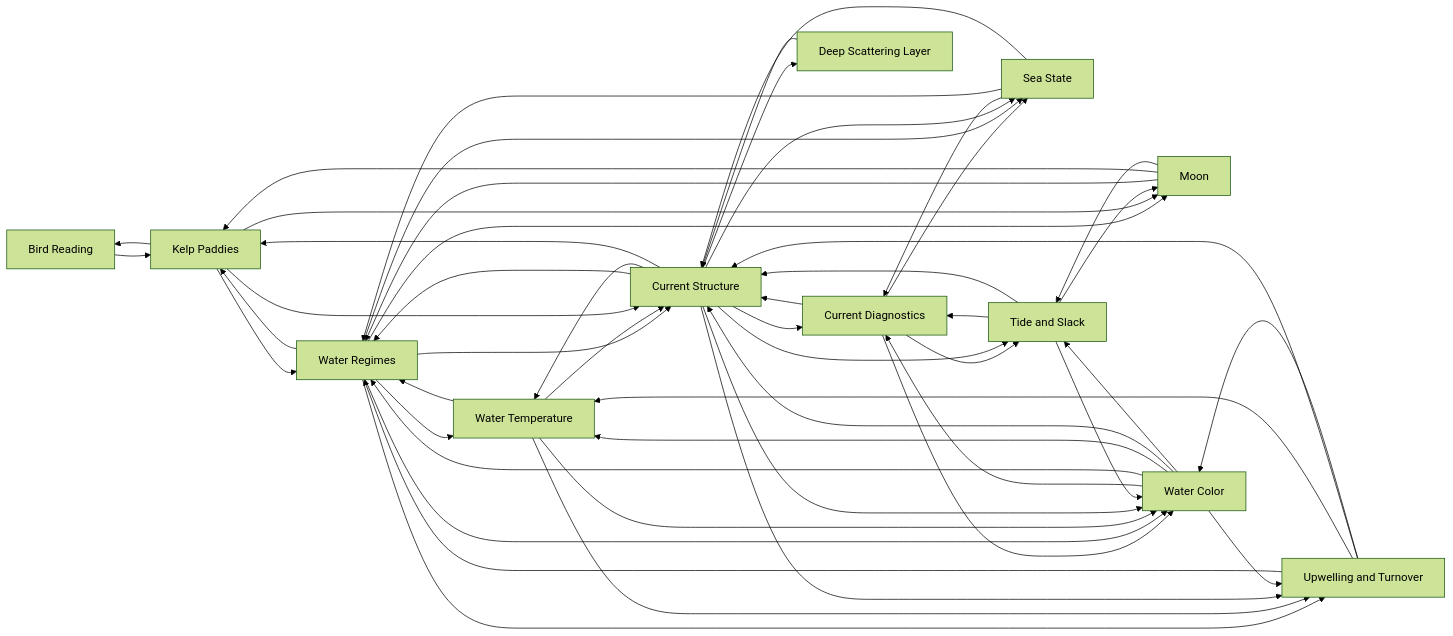
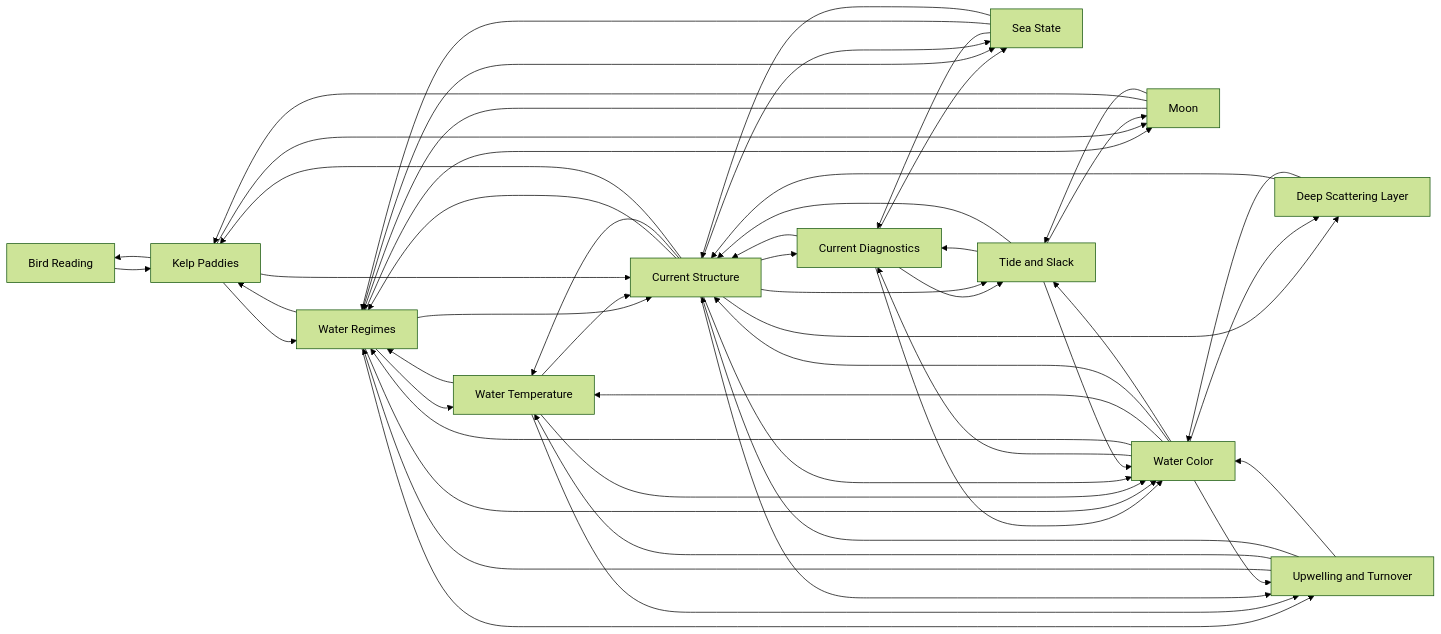
The diagram in conditions/README.md (camchuckpete-max/Socal-Fishing-Knowledge), drawn with Mermaid (forest theme) before and after one commit. The commit also changed 5 other files, not shown here.

````diff
--- a/conditions/README.md
+++ b/conditions/README.md
@@ -25,65 +25,67 @@
 ```mermaid
 graph LR
   n0["Bird Reading"]
   n1["Current Diagnostics"]
   n2["Current Structure"]
   n3["Deep Scattering Layer"]
   n4["Kelp Paddies"]
   n5["Moon"]
   n6["Sea State"]
   n7["Tide and Slack"]
   n8["Upwelling and Turnover"]
   n9["Water Color"]
   n10["Water Regimes"]
   n11["Water Temperature"]
   n0 --> n4
   n1 --> n2
   n1 --> n6
   n1 --> n7
   n1 --> n9
   n10 --> n11
   n10 --> n2
   n10 --> n4
   n10 --> n5
   n10 --> n6
   n10 --> n8
   n10 --> n9
   n11 --> n10
   n11 --> n2
   n11 --> n8
   n11 --> n9
   n2 --> n1
   n2 --> n10
   n2 --> n11
   n2 --> n3
   n2 --> n4
   n2 --> n6
   n2 --> n7
   n2 --> n8
   n2 --> n9
   n3 --> n2
+  n3 --> n9
   n4 --> n0
   n4 --> n10
   n4 --> n2
   n4 --> n5
   n5 --> n10
   n5 --> n4
   n5 --> n7
   n6 --> n1
   n6 --> n10
   n6 --> n2
   n7 --> n1
   n7 --> n2
   n7 --> n5
   n7 --> n9
   n8 --> n10
   n8 --> n11
   n8 --> n2
   n8 --> n9
   n9 --> n1
   n9 --> n10
   n9 --> n11
   n9 --> n2
+  n9 --> n3
   n9 --> n7
   n9 --> n8
 ```
````
